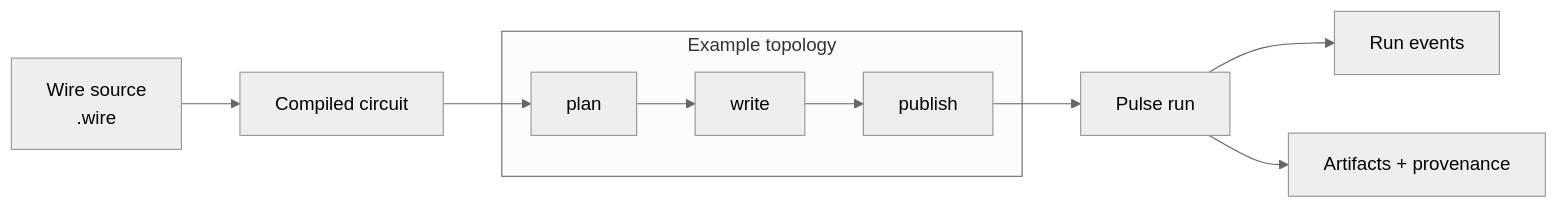
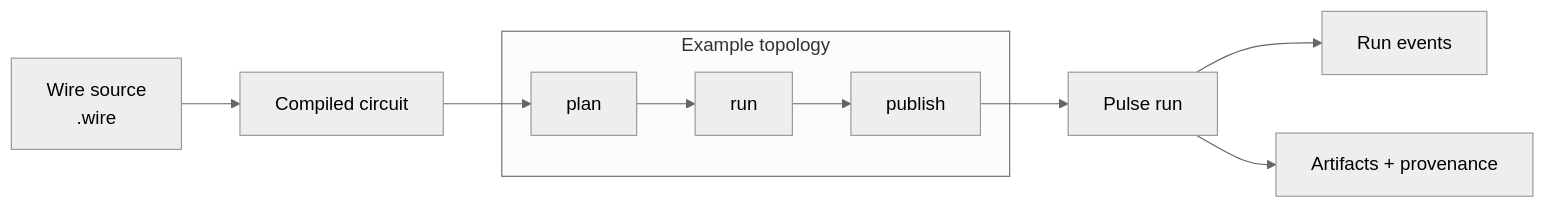
The diagram in docs/index.md (Digimuoto/cortex), drawn with Mermaid (neutral theme) before and after one commit. The commit also changed other lines of this file and 207 other files, not shown here.

````diff
--- a/docs/index.md
+++ b/docs/index.md
@@ -81,14 +78,14 @@
 ```mermaid
 flowchart LR
     W[Wire source<br/>.wire] --> C[Compiled circuit]
     C --> Plan
 
     subgraph Topology[Example topology]
-        Plan[plan] --> Write[write]
-        Write --> Publish[publish]
+        Plan[plan] --> Run[run]
+        Run --> Publish[publish]
     end
 
     Publish --> P[Pulse run]
     P --> E[Run events]
     P --> A[Artifacts + provenance]
 ```
````
